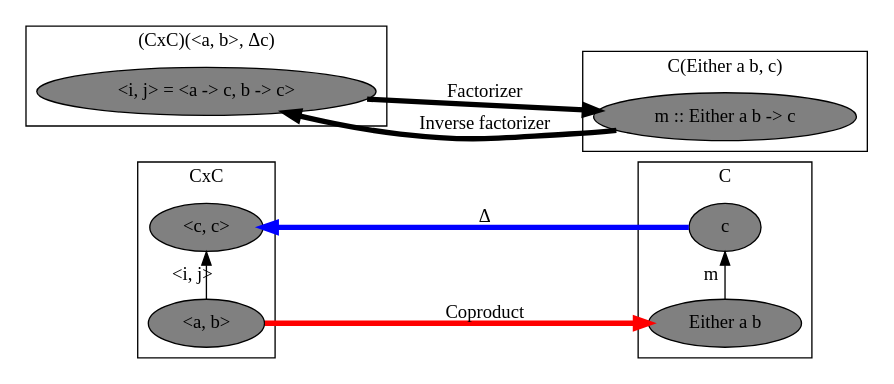
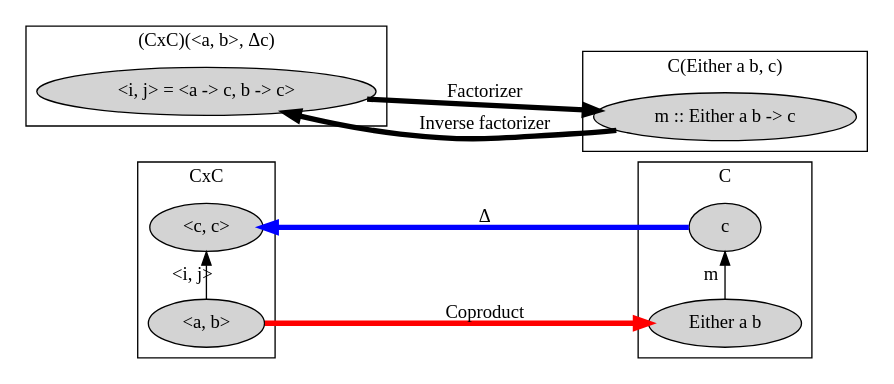
One commit to evenbrenden/ct4p-challenges changed the diagram in chapter18-challenges4-5.dot. Above: the diagram before and after it, drawn with Graphviz. The commit also changed 4 other files, not shown here.

```diff
--- a/chapter18-challenges4-5.dot
+++ b/chapter18-challenges4-5.dot
@@ -1,44 +1,44 @@
 digraph {
-  node [style="filled" color="black" fillcolor="gray"]
+  node [style="filled" color="black" fillcolor="lightgray"]
   rankdir=LR
 
   subgraph clusterCxC {
     label="CxC"
 
     ab [label="<a, b>"]
     cc [label="<c, c>"]
 
     { rank=same ab cc }
   }
 
   subgraph clusterC {
     label="C"
 
     eitherab [label="Either a b"]
     c [label="c"]
 
     { rank=same eitherab c }
   }
 
   ab -> cc [label="<i, j>"]
   eitherab -> c [label="m"]
   ab -> eitherab [label="Coproduct" color="red" penwidth=4]
   c -> cc [label="Δ" color="blue" penwidth=4]
 
   subgraph clusterCxCHomset {
     label="(CxC)(<a, b>, Δc)"
 
     ij [label="<i, j> = <a -> c, b -> c>"]
   }
 
   subgraph clusterCHomset {
     label="C(Either a b, c)"
 
     m [label="m :: Either a b -> c"]
   }
 
   ij -> m [label="Factorizer" penwidth=4]
   m -> ij [label="Inverse factorizer" penwidth=4]
 
   { rank=LR ij m }
 }
```
